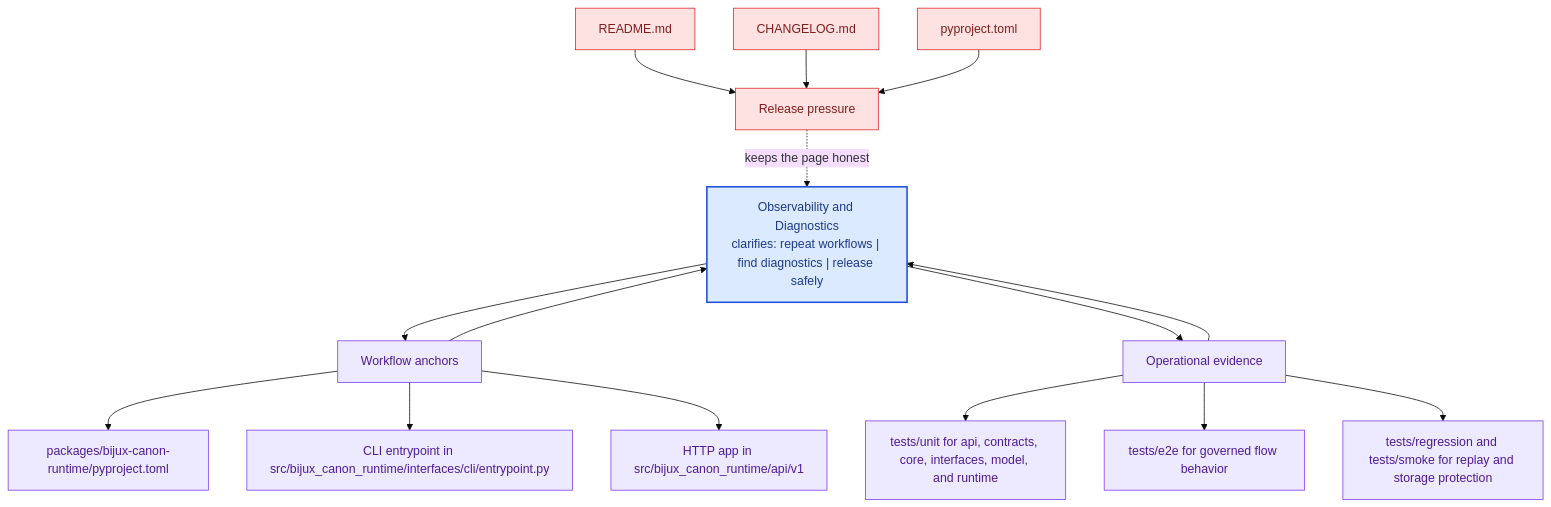
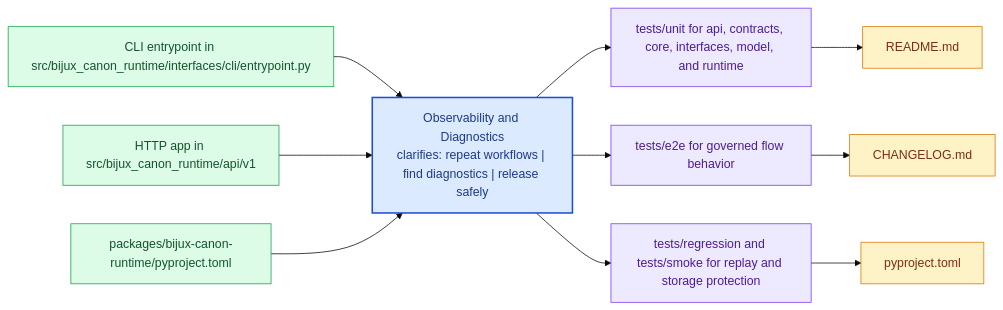
One commit to bijux/bijux-canon changed the diagram in docs/bijux-canon-runtime/operations/observability-and-diagnostics.md. Above: the diagram before and after it, drawn with Mermaid (base theme). The commit also changed other lines of this file and 281 other files, not shown here.

Commit message:
docs(diagrams): replace repeated mermaid scaffolds with page-specific summaries

````diff
--- a/docs/bijux-canon-runtime/operations/observability-and-diagnostics.md
+++ b/docs/bijux-canon-runtime/operations/observability-and-diagnostics.md
@@ -66,41 +21,31 @@
 ```mermaid
-flowchart TB
-    promise["Observability and Diagnostics<br/>clarifies: repeat workflows | find diagnostics | release safely"]
-    classDef promise fill:#dbeafe,stroke:#1d4ed8,color:#1e3a8a,stroke-width:2px;
-    classDef driver fill:#dcfce7,stroke:#16a34a,color:#14532d;
-    classDef constraint fill:#fee2e2,stroke:#dc2626,color:#7f1d1d;
-    classDef ground fill:#ede9fe,stroke:#7c3aed,color:#4c1d95;
-    focus1["Workflow anchors"]
-    focus1 --> promise
-    promise --> focus1
-    focus1_1["packages/bijux-canon-runtime/pyproject.toml"]
-    focus1 --> focus1_1
-    focus1_2["CLI entrypoint in src/bijux_canon_runtime/interfaces/cli/entrypoint.py"]
-    focus1 --> focus1_2
-    focus1_3["HTTP app in src/bijux_canon_runtime/api/v1"]
-    focus1 --> focus1_3
-    class focus1 ground;
-    class focus1_1,focus1_2,focus1_3 ground;
-    focus2["Operational evidence"]
-    focus2 --> promise
-    promise --> focus2
-    focus2_1["tests/unit for api, contracts, core, interfaces, model, and runtime"]
-    focus2 --> focus2_1
-    focus2_2["tests/e2e for governed flow behavior"]
-    focus2 --> focus2_2
-    focus2_3["tests/regression and tests/smoke for replay and storage protection"]
-    focus2 --> focus2_3
-    class focus2 ground;
-    class focus2_1,focus2_2,focus2_3 ground;
-    focus3["Release pressure"]
-    focus3 -.keeps the page honest.-> promise
-    focus3_1["README.md"]
-    focus3_1 --> focus3
-    focus3_2["CHANGELOG.md"]
-    focus3_2 --> focus3
-    focus3_3["pyproject.toml"]
-    focus3_3 --> focus3
-    class focus3 constraint;
-    class focus3_1,focus3_2,focus3_3 constraint;
-    class promise promise;
+flowchart LR
+    page["Observability and Diagnostics<br/>clarifies: repeat workflows | find diagnostics | release safely"]
+    classDef page fill:#dbeafe,stroke:#1d4ed8,color:#1e3a8a,stroke-width:2px;
+    classDef positive fill:#dcfce7,stroke:#16a34a,color:#14532d;
+    classDef caution fill:#fee2e2,stroke:#dc2626,color:#7f1d1d;
+    classDef anchor fill:#ede9fe,stroke:#7c3aed,color:#4c1d95;
+    classDef action fill:#fef3c7,stroke:#d97706,color:#7c2d12;
+    step1["CLI entrypoint in src/bijux_canon_runtime/interfaces/cli/entrypoint.py"]
+    step1 --> page
+    step2["HTTP app in src/bijux_canon_runtime/api/v1"]
+    step2 --> page
+    step3["packages/bijux-canon-runtime/pyproject.toml"]
+    step3 --> page
+    run1["tests/unit for api, contracts, core, interfaces, model, and runtime"]
+    page --> run1
+    run2["tests/e2e for governed flow behavior"]
+    page --> run2
+    run3["tests/regression and tests/smoke for replay and storage protection"]
+    page --> run3
+    release1["README.md"]
+    run1 --> release1
+    release2["CHANGELOG.md"]
+    run2 --> release2
+    release3["pyproject.toml"]
+    run3 --> release3
+    class page page;
+    class step1,step2,step3 positive;
+    class run1,run2,run3 anchor;
+    class release1,release2,release3 action;
 ```
````
